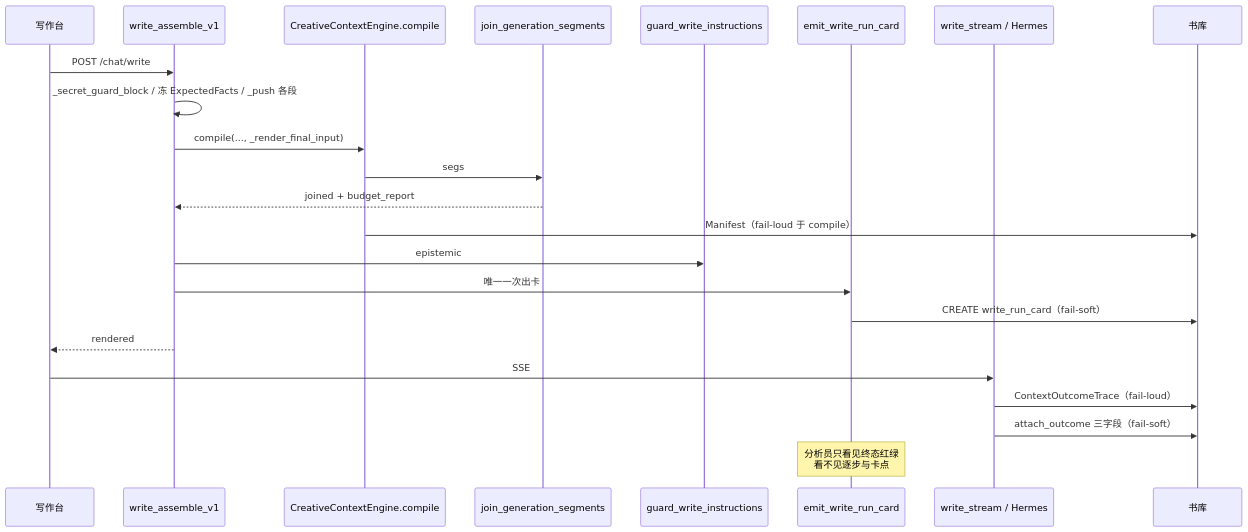
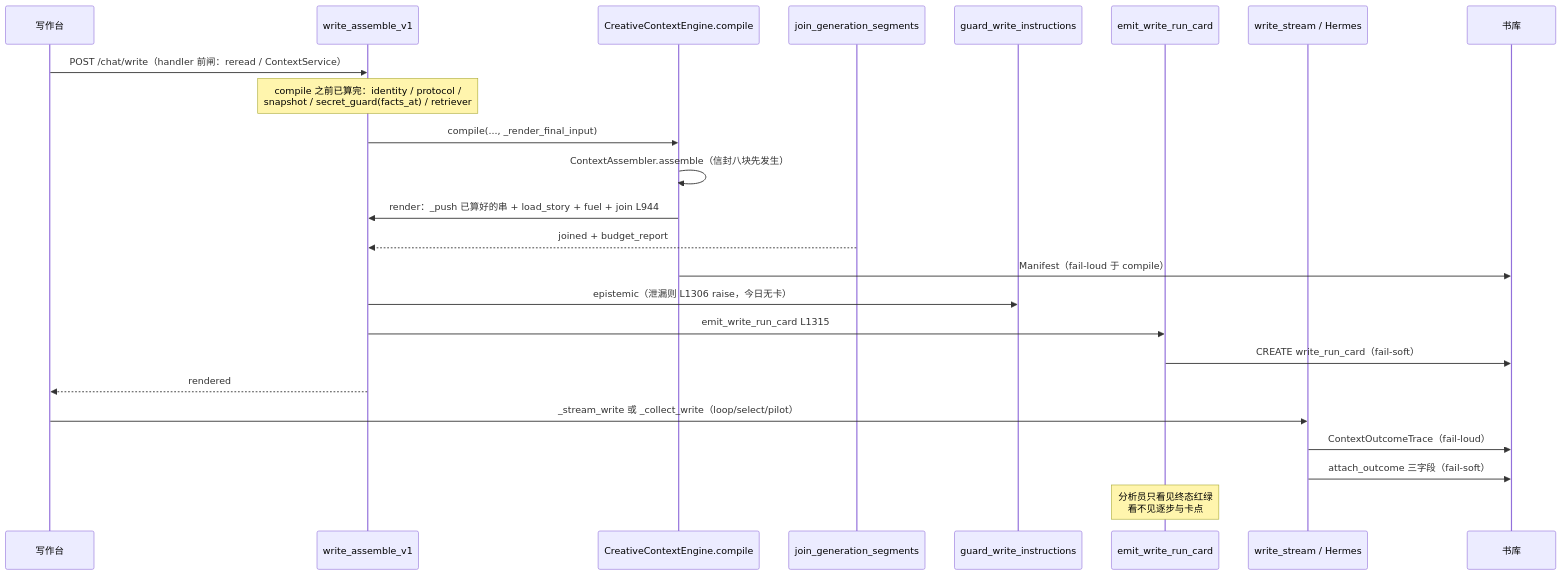
The first of 3 diagrams in docs/plans/2026-08-14-pipeline-trace.md (liuwenpinghaher-commits/scribe-writing-system), drawn with Mermaid before and after one commit. The commit also changed other lines of this file and 2 other files, not shown here.

````diff
--- a/docs/plans/2026-08-14-pipeline-trace.md
+++ b/docs/plans/2026-08-14-pipeline-trace.md
@@ -102,26 +106,27 @@
 ```mermaid
 sequenceDiagram
   participant UI as 写作台
   participant WA as write_assemble_v1
   participant Eng as CreativeContextEngine.compile
   participant Join as join_generation_segments
   participant Guard as guard_write_instructions
   participant Card as emit_write_run_card
   participant LLM as write_stream / Hermes
   participant Sur as 书库
 
-  UI->>WA: POST /chat/write
-  WA->>WA: _secret_guard_block / 冻 ExpectedFacts / _push 各段
+  UI->>WA: POST /chat/write（handler 前闸：reread / ContextService）
+  Note over WA: compile 之前已算完：identity / protocol /<br/>snapshot / secret_guard(facts_at) / retriever
   WA->>Eng: compile(..., _render_final_input)
-  Eng->>Join: segs
+  Eng->>Eng: ContextAssembler.assemble（信封八块先发生）
+  Eng->>WA: render：_push 已算好的串 + load_story + fuel + join L944
   Join-->>WA: joined + budget_report
   Eng->>Sur: Manifest（fail-loud 于 compile）
-  WA->>Guard: epistemic
-  WA->>Card: 唯一一次出卡
+  WA->>Guard: epistemic（泄漏则 L1306 raise，今日无卡）
+  WA->>Card: emit_write_run_card L1315
   Card->>Sur: CREATE write_run_card（fail-soft）
   WA-->>UI: rendered
-  UI->>LLM: SSE
+  UI->>LLM: _stream_write 或 _collect_write（loop/select/pilot）
   LLM->>Sur: ContextOutcomeTrace（fail-loud）
   LLM->>Sur: attach_outcome 三字段（fail-soft）
   Note over Card: 分析员只看见终态红绿<br/>看不见逐步与卡点
 ```
````
